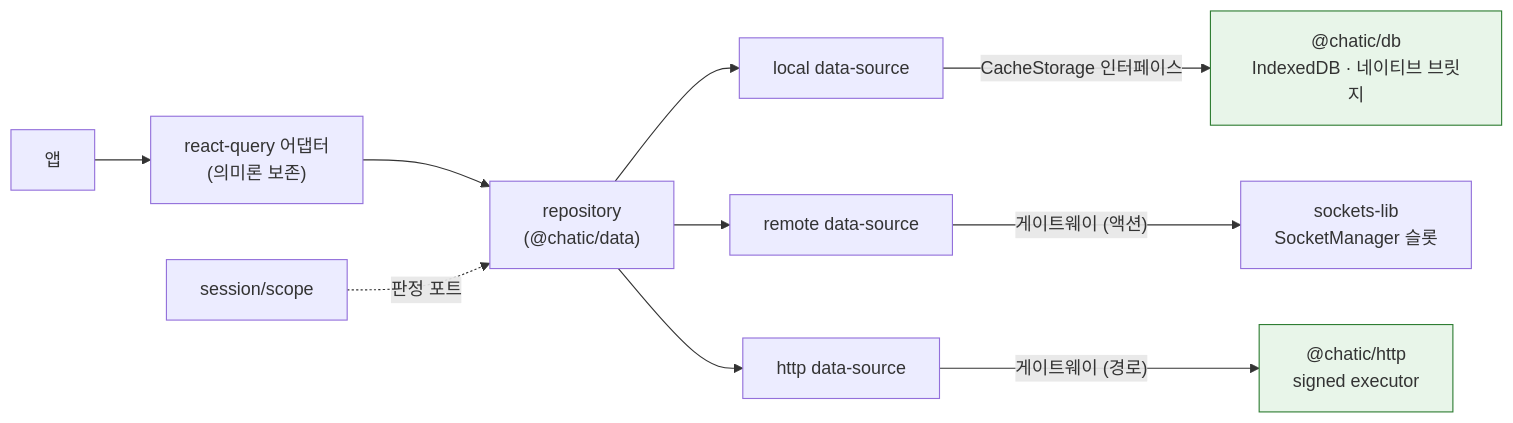
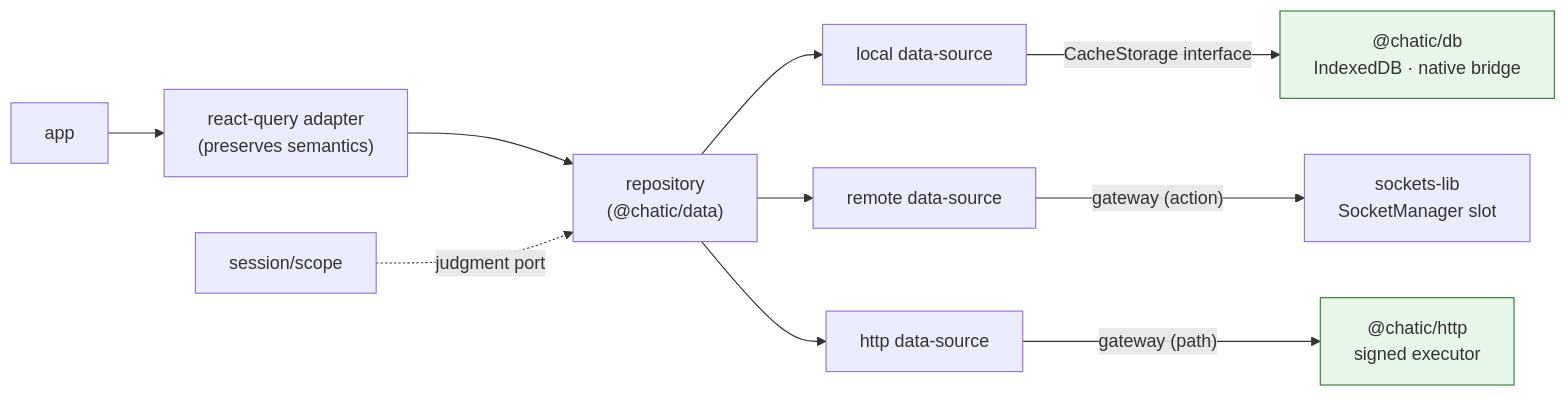
Before and after one commit to lemoncloud-io/dou-app: the third of 3 diagrams in docs/adr/0070-app-runtime-session-hub.md, drawn with Mermaid. The commit also changed other lines of this file and 62 other files, not shown here.

````diff
--- a/docs/adr/0070-app-runtime-session-hub.md
+++ b/docs/adr/0070-app-runtime-session-hub.md
@@ -580,15 +627,15 @@
 ```mermaid
 graph LR
-    UI["앱"] --> RQ["react-query 어댑터<br/>(의미론 보존)"]
+    UI["app"] --> RQ["react-query adapter<br/>(preserves semantics)"]
     RQ --> REPO["repository<br/>(@chatic/data)"]
     REPO --> LDS["local data-source"]
     REPO --> RDS["remote data-source"]
     REPO --> HDS["http data-source"]
-    LDS -->|"CacheStorage 인터페이스"| DBE["@chatic/db<br/>IndexedDB · 네이티브 브릿지"]
-    RDS -->|"게이트웨이 (액션)"| SE["sockets-lib<br/>SocketManager 슬롯"]
-    HDS -->|"게이트웨이 (경로)"| HE["@chatic/http<br/>signed executor"]
-    SCOPE["session/scope"] -.->|판정 포트| REPO
+    LDS -->|"CacheStorage interface"| DBE["@chatic/db<br/>IndexedDB · native bridge"]
+    RDS -->|"gateway (action)"| SE["sockets-lib<br/>SocketManager slot"]
+    HDS -->|"gateway (path)"| HE["@chatic/http<br/>signed executor"]
+    SCOPE["session/scope"] -.->|judgment port| REPO
 
     style DBE fill:#e8f5e9,stroke:#2e7d32
     style HE fill:#e8f5e9,stroke:#2e7d32
 ```
````
